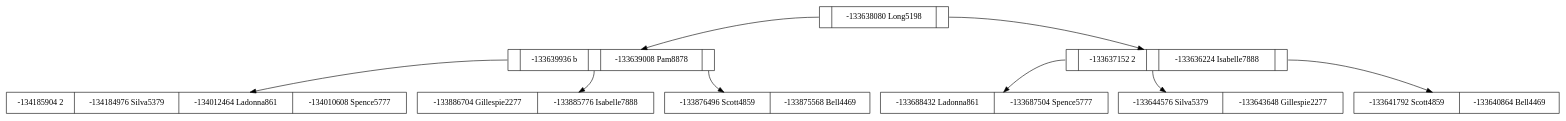
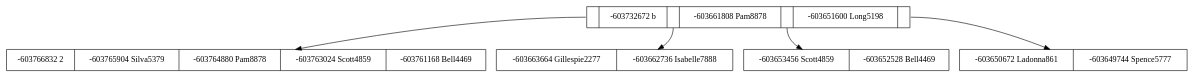
Before and after one commit to betebetoven/EDDS2F2: the diagram in arbolb.dot, drawn with Graphviz. The commit also changed 20 other files, not shown here.

```diff
--- a/arbolb.dot
+++ b/arbolb.dot
@@ -1,41 +1,28 @@
 digraph G {
 node[shape=record]
 		//Agregar Nodos Rama
-R0x7f32f808d840[label="<C1>|-133638080 
- Long5198|<C2>"];
-R0x7f32f808d100[label="<C1>|-133639936 
- b|<C2>|-133639008 
- Pam8878|<C3>"];
-R0x7f32f8007c50[label="-134185904 
- 2|-134184976 
- Silva5379|-134012464 
- Ladonna861|-134010608 
+R0x7f9edc03c540[label="<C1>|-603732672 
+ b|<C2>|-603661808 
+ Pam8878|<C3>|-603651600 
+ Long5198|<C4>"];
+R0x7f9edc033fd0[label="-603766832 
+ 2|-603765904 
+ Silva5379|-603764880 
+ Pam8878|-603763024 
+ Scott4859|-603761168 
+ Bell4469"];
+R0x7f9edc04d2d0[label="-603663664 
+ Gillespie2277|-603662736 
+ Isabelle7888"];
+R0x7f9edc04fab0[label="-603653456 
+ Scott4859|-603652528 
+ Bell4469"];
+R0x7f9edc050590[label="-603650672 
+ Ladonna861|-603649744 
  Spence5777"];
-R0x7f32f8050d10[label="-133886704 
- Gillespie2277|-133885776 
- Isabelle7888"];
-R0x7f32f80534f0[label="-133876496 
- Scott4859|-133875568 
- Bell4469"];
-R0x7f32f808dbe0[label="<C1>|-133637152 
- 2|<C2>|-133636224 
- Isabelle7888|<C3>"];
-R0x7f32f8081390[label="-133688432 
- Ladonna861|-133687504 
- Spence5777"];
-R0x7f32f808bee0[label="-133644576 
- Silva5379|-133643648 
- Gillespie2277"];
-R0x7f32f808c9c0[label="-133641792 
- Scott4859|-133640864 
- Bell4469"];
 		//Agregar conexiones
-R0x7f32f808d840:C1->R0x7f32f808d100;
-R0x7f32f808d100:C1->R0x7f32f8007c50;
-R0x7f32f808d100:C2->R0x7f32f8050d10;
-R0x7f32f808d100:C3->R0x7f32f80534f0;
-R0x7f32f808d840:C2->R0x7f32f808dbe0;
-R0x7f32f808dbe0:C1->R0x7f32f8081390;
-R0x7f32f808dbe0:C2->R0x7f32f808bee0;
-R0x7f32f808dbe0:C3->R0x7f32f808c9c0;
+R0x7f9edc03c540:C1->R0x7f9edc033fd0;
+R0x7f9edc03c540:C2->R0x7f9edc04d2d0;
+R0x7f9edc03c540:C3->R0x7f9edc04fab0;
+R0x7f9edc03c540:C4->R0x7f9edc050590;
 }
```
